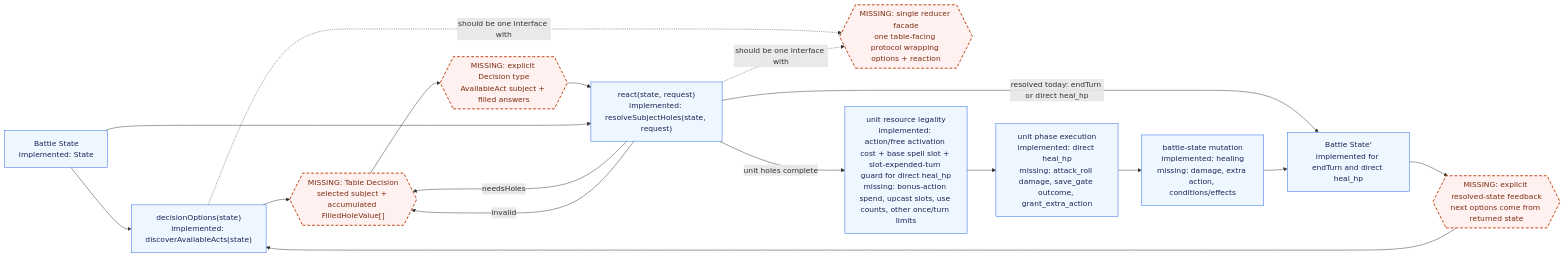
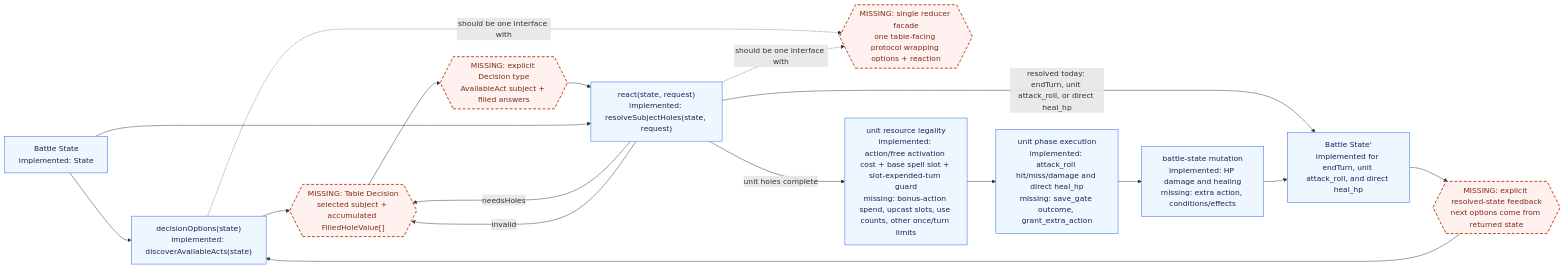
The seventh of 7 diagrams in packages/surface-runtime-correction/ARCHITECTURE_GRAPH.md (dearlordylord/5e-quint), drawn with Mermaid before and after one commit. The commit also changed other lines of this file and 11 other files, not shown here.

Commit message:
Tighten surface attack damage resolution

````diff
--- a/packages/surface-runtime-correction/ARCHITECTURE_GRAPH.md
+++ b/packages/surface-runtime-correction/ARCHITECTURE_GRAPH.md
@@ -287,33 +314,33 @@
 ```mermaid
 flowchart LR
   State["Battle State<br/>implemented: State"]
   Options["decisionOptions(state)<br/>implemented: discoverAvailableActs(state)"]
   Resolve["react(state, request)<br/>implemented: resolveSubjectHoles(state, request)"]
-  EndTurnState["Battle State'<br/>implemented for endTurn and direct heal_hp"]
+  EndTurnState["Battle State'<br/>implemented for endTurn, unit attack_roll, and direct heal_hp"]
 
   TableDecision{{"MISSING: Table Decision<br/>selected subject + accumulated FilledHoleValue[]"}}
   ReducerFacade{{"MISSING: single reducer facade<br/>one table-facing protocol wrapping options + reaction"}}
   StateLoop{{"MISSING: explicit resolved-state feedback<br/>next options come from returned state"}}
-  UnitExecution["unit phase execution<br/>implemented: direct heal_hp<br/>missing: attack_roll damage, save_gate outcome, grant_extra_action"]
-  ResourceLegality["unit resource legality<br/>implemented: action/free activation cost + base spell slot + slot-expended-turn guard for direct heal_hp<br/>missing: bonus-action spend, upcast slots, use counts, other once/turn limits"]
-  ApplyEffects["battle-state mutation<br/>implemented: healing<br/>missing: damage, extra action, conditions/effects"]
+  UnitExecution["unit phase execution<br/>implemented: attack_roll hit/miss/damage and direct heal_hp<br/>missing: save_gate outcome, grant_extra_action"]
+  ResourceLegality["unit resource legality<br/>implemented: action/free activation cost + base spell slot + slot-expended-turn guard<br/>missing: bonus-action spend, upcast slots, use counts, other once/turn limits"]
+  ApplyEffects["battle-state mutation<br/>implemented: HP damage and healing<br/>missing: extra action, conditions/effects"]
   DecisionType{{"MISSING: explicit Decision type<br/>AvailableAct subject + filled answers"}}
 
   State --> Options
   Options --> TableDecision
   TableDecision --> DecisionType --> Resolve
   State --> Resolve
-  Resolve -->|resolved today: endTurn or direct heal_hp| EndTurnState
+  Resolve -->|resolved today: endTurn, unit attack_roll, or direct heal_hp| EndTurnState
   EndTurnState --> StateLoop --> Options
   Resolve -->|needsHoles| TableDecision
   Resolve -->|invalid| TableDecision
 
   Options -. should be one interface with .-> ReducerFacade
   Resolve -. should be one interface with .-> ReducerFacade
   Resolve -->|unit holes complete| ResourceLegality --> UnitExecution --> ApplyEffects --> EndTurnState
 
   classDef missing fill:#fff1f0,stroke:#c2410c,stroke-width:2px,stroke-dasharray: 6 4,color:#7c2d12;
   classDef implemented fill:#eef6ff,stroke:#2563eb,color:#172554;
   class TableDecision,ReducerFacade,StateLoop,DecisionType missing;
   class State,Options,Resolve,EndTurnState,UnitExecution,ResourceLegality,ApplyEffects implemented;
 ```
````
